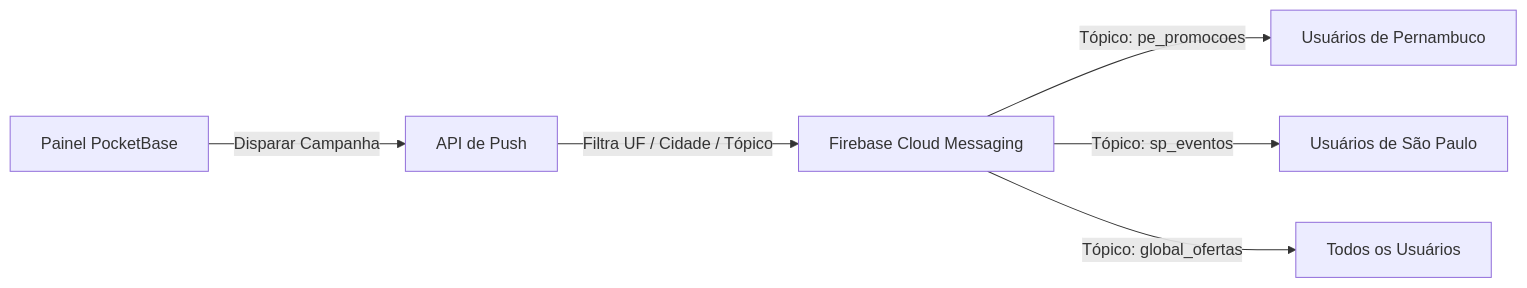
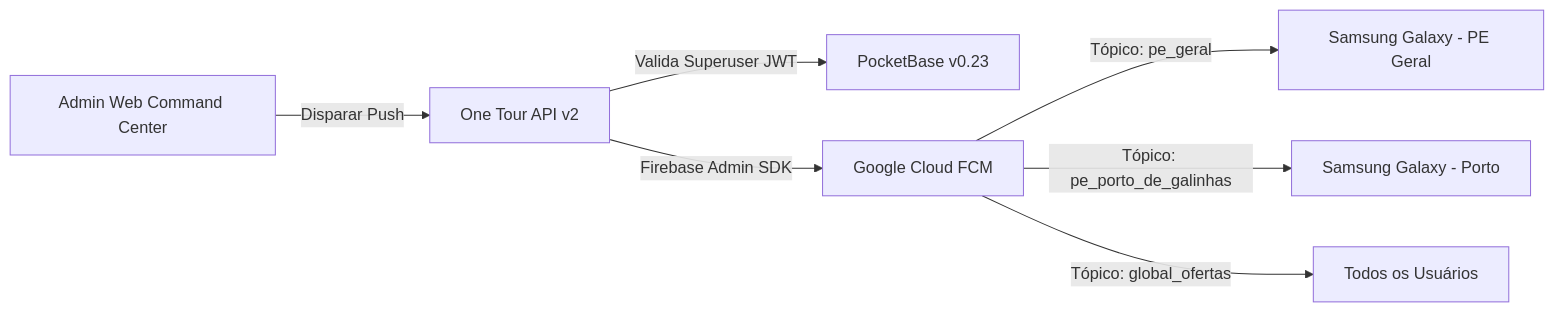
One commit to MarcilioLeiteSilva/one_tour changed the second of 2 diagrams in relatorios/plano_implementacao_ecossistema_one_tour.md. Above: the diagram before and after it, drawn with Mermaid. The commit also changed other lines of this file and 2 other files, not shown here.

````diff
--- a/relatorios/plano_implementacao_ecossistema_one_tour.md
+++ b/relatorios/plano_implementacao_ecossistema_one_tour.md
@@ -359,8 +376,9 @@
 ```mermaid
 graph LR
-    Admin[Painel PocketBase] -->|Disparar Campanha| NotificationService[API de Push]
-    NotificationService -->|Filtra UF / Cidade / Tópico| FCM[Firebase Cloud Messaging]
-    FCM -->|Tópico: pe_promocoes| UserPE[Usuários de Pernambuco]
-    FCM -->|Tópico: sp_eventos| UserSP[Usuários de São Paulo]
+    Admin[Admin Web Command Center] -->|Disparar Push| API[One Tour API v2]
+    API -->|Valida Superuser JWT| PocketBase[PocketBase v0.23]
+    API -->|Firebase Admin SDK| FCM[Google Cloud FCM]
+    FCM -->|Tópico: pe_geral| Phone1[Samsung Galaxy - PE Geral]
+    FCM -->|Tópico: pe_porto_de_galinhas| Phone2[Samsung Galaxy - Porto]
     FCM -->|Tópico: global_ofertas| AllUsers[Todos os Usuários]
 ```
````
